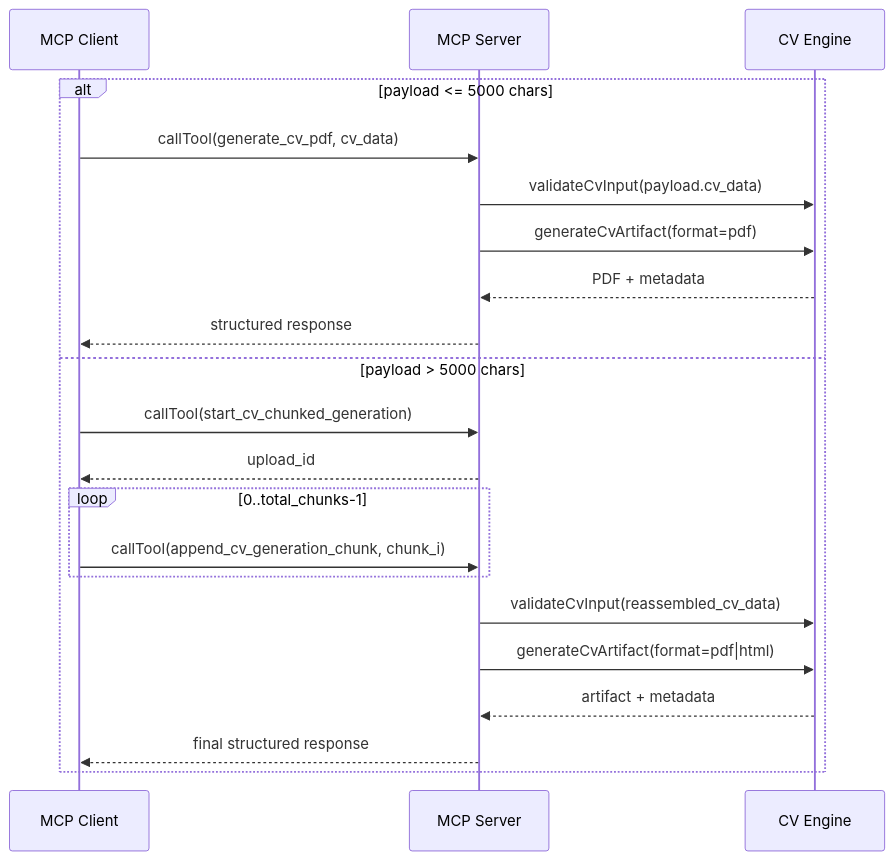
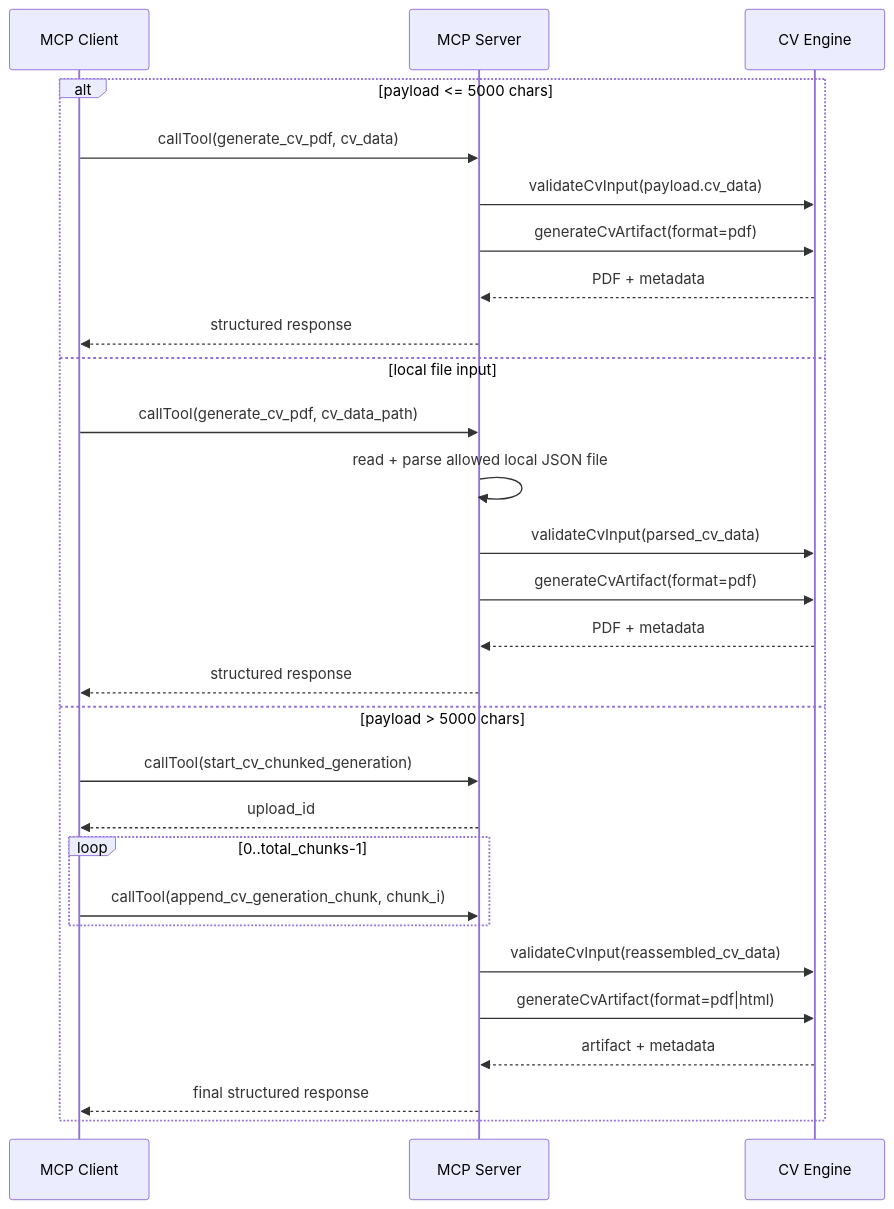
The seventh of 8 diagrams in APPLICATION_ARCHITECTURE_CV_GENERATOR.md (ClementV78/cv-generator-mcp), drawn with Mermaid before and after one commit. The commit also changed other lines of this file and 19 other files, not shown here.

````diff
--- a/APPLICATION_ARCHITECTURE_CV_GENERATOR.md
+++ b/APPLICATION_ARCHITECTURE_CV_GENERATOR.md
@@ -662,24 +712,31 @@
 ```mermaid
 sequenceDiagram
     participant Client as MCP Client
     participant Server as MCP Server
     participant Engine as CV Engine
 
     alt payload <= 5000 chars
       Client->>Server: callTool(generate_cv_pdf, cv_data)
       Server->>Engine: validateCvInput(payload.cv_data)
+      Server->>Engine: generateCvArtifact(format=pdf)
+      Engine-->>Server: PDF + metadata
+      Server-->>Client: structured response
+    else local file input
+      Client->>Server: callTool(generate_cv_pdf, cv_data_path)
+      Server->>Server: read + parse allowed local JSON file
+      Server->>Engine: validateCvInput(parsed_cv_data)
       Server->>Engine: generateCvArtifact(format=pdf)
       Engine-->>Server: PDF + metadata
       Server-->>Client: structured response
     else payload > 5000 chars
       Client->>Server: callTool(start_cv_chunked_generation)
       Server-->>Client: upload_id
       loop 0..total_chunks-1
         Client->>Server: callTool(append_cv_generation_chunk, chunk_i)
       end
       Server->>Engine: validateCvInput(reassembled_cv_data)
       Server->>Engine: generateCvArtifact(format=pdf|html)
       Engine-->>Server: artifact + metadata
       Server-->>Client: final structured response
     end
 ```
````
